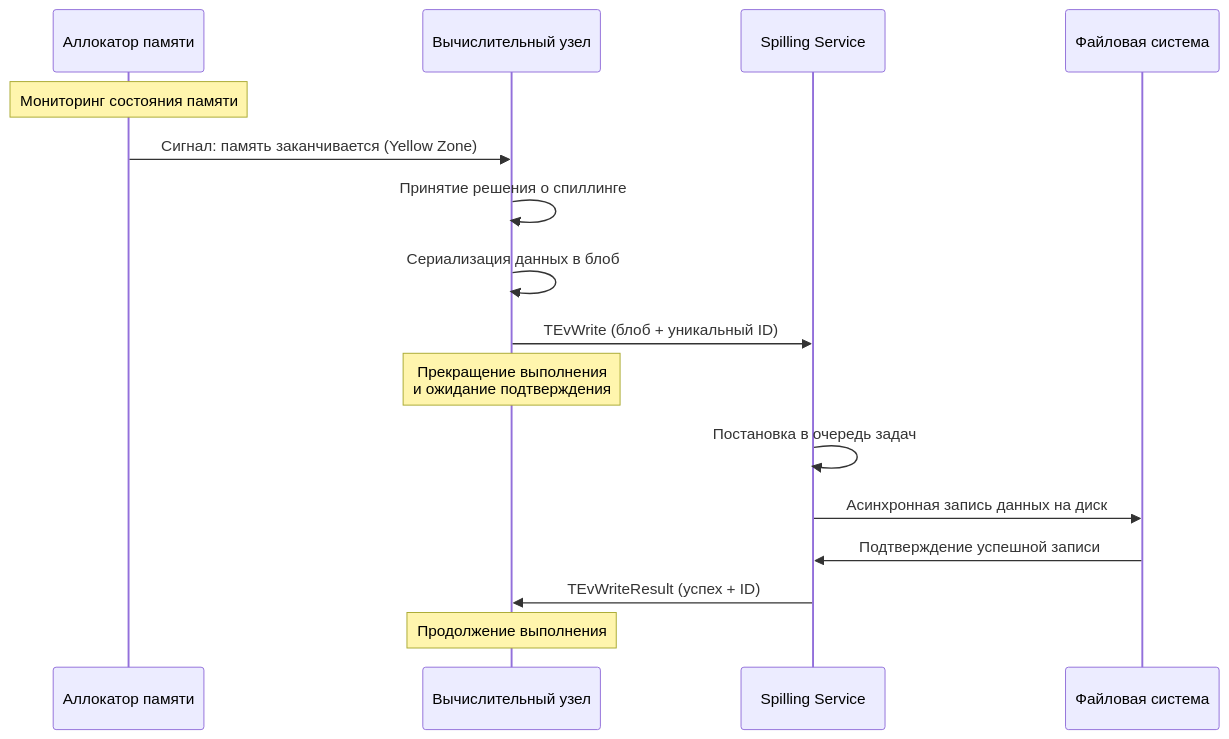
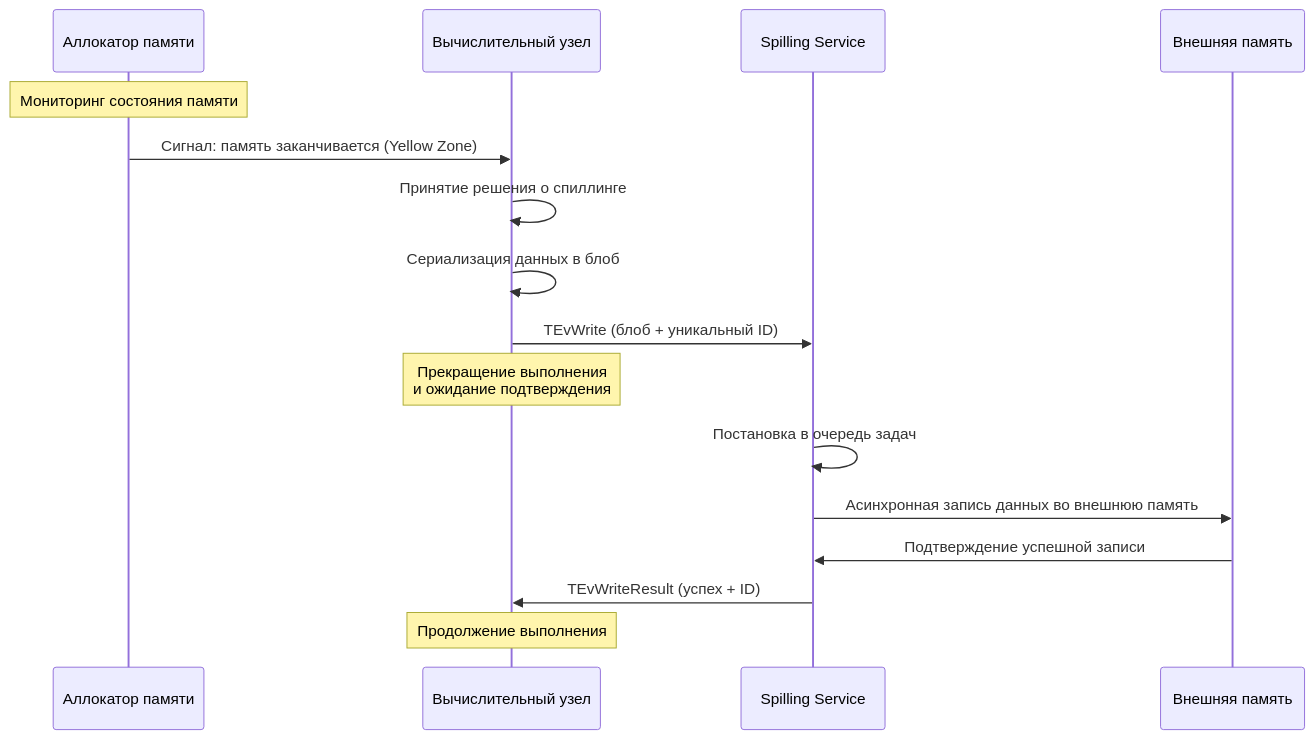
One commit to ydb-platform/ydb changed the first of 2 diagrams in ydb/docs/ru/core/concepts/spilling.md. Above: the diagram before and after it, drawn with Mermaid. The commit also changed other lines of this file and 1 other file, not shown here.

````diff
--- a/ydb/docs/ru/core/concepts/spilling.md
+++ b/ydb/docs/ru/core/concepts/spilling.md
@@ -91,19 +91,19 @@
 ```mermaid
 sequenceDiagram
     participant AL as Аллокатор памяти
     participant CN as Вычислительный узел
     participant SS as Spilling Service
-    participant FS as Файловая система
+    participant FS as Внешняя память
 
     Note over AL: Мониторинг состояния памяти
     AL->>CN: Сигнал: память заканчивается (Yellow Zone)
     CN->>CN: Принятие решения о спиллинге
     CN->>CN: Сериализация данных в блоб
     CN->>SS: TEvWrite (блоб + уникальный ID)
     Note over CN: Прекращение выполнения<br/>и ожидание подтверждения
     SS->>SS: Постановка в очередь задач
-    SS->>FS: Асинхронная запись данных на диск
+    SS->>FS: Асинхронная запись данных во внешнюю память
     FS->>SS: Подтверждение успешной записи
     SS->>CN: TEvWriteResult (успех + ID)
     Note over CN: Продолжение выполнения
 ```
````
